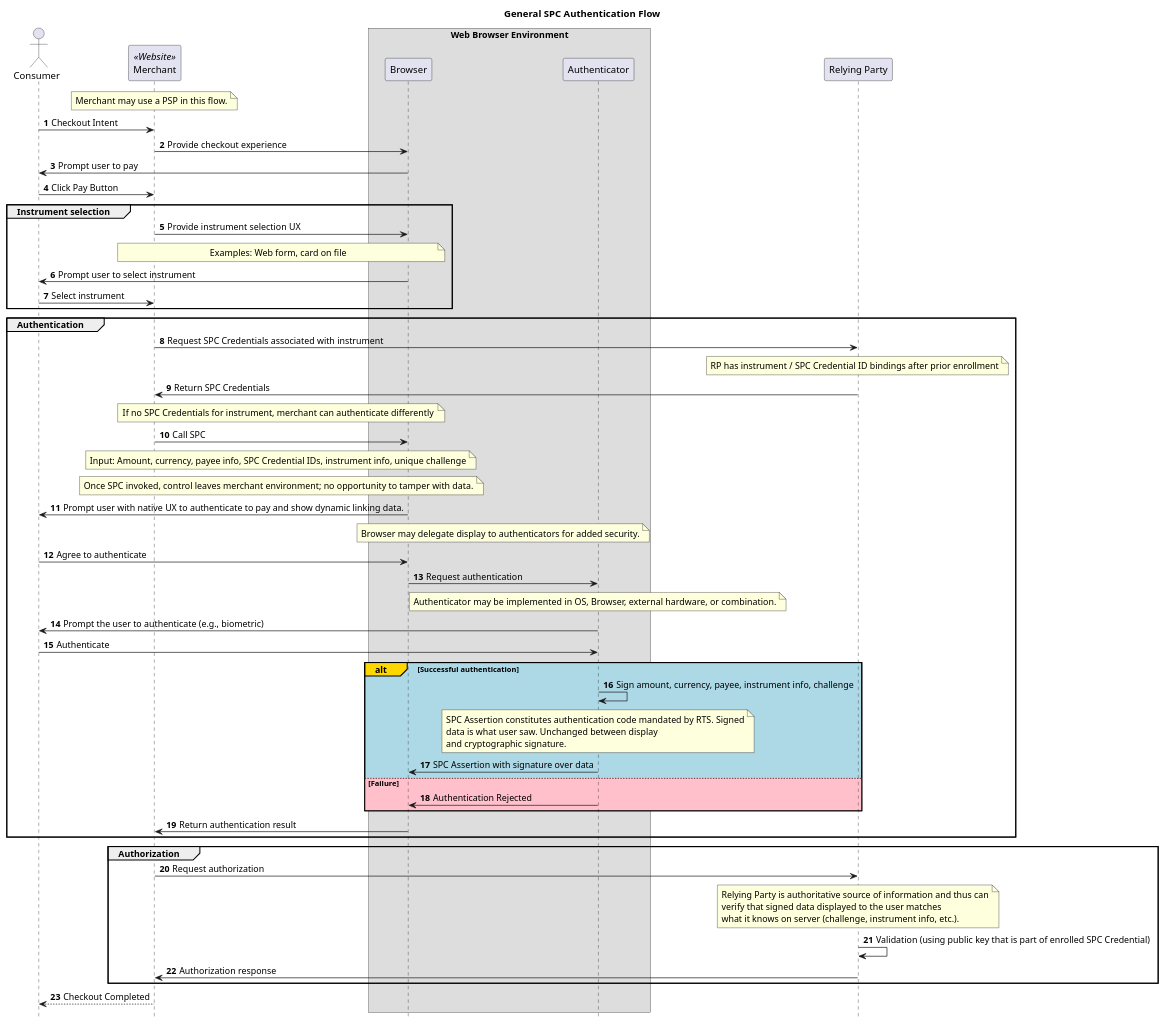
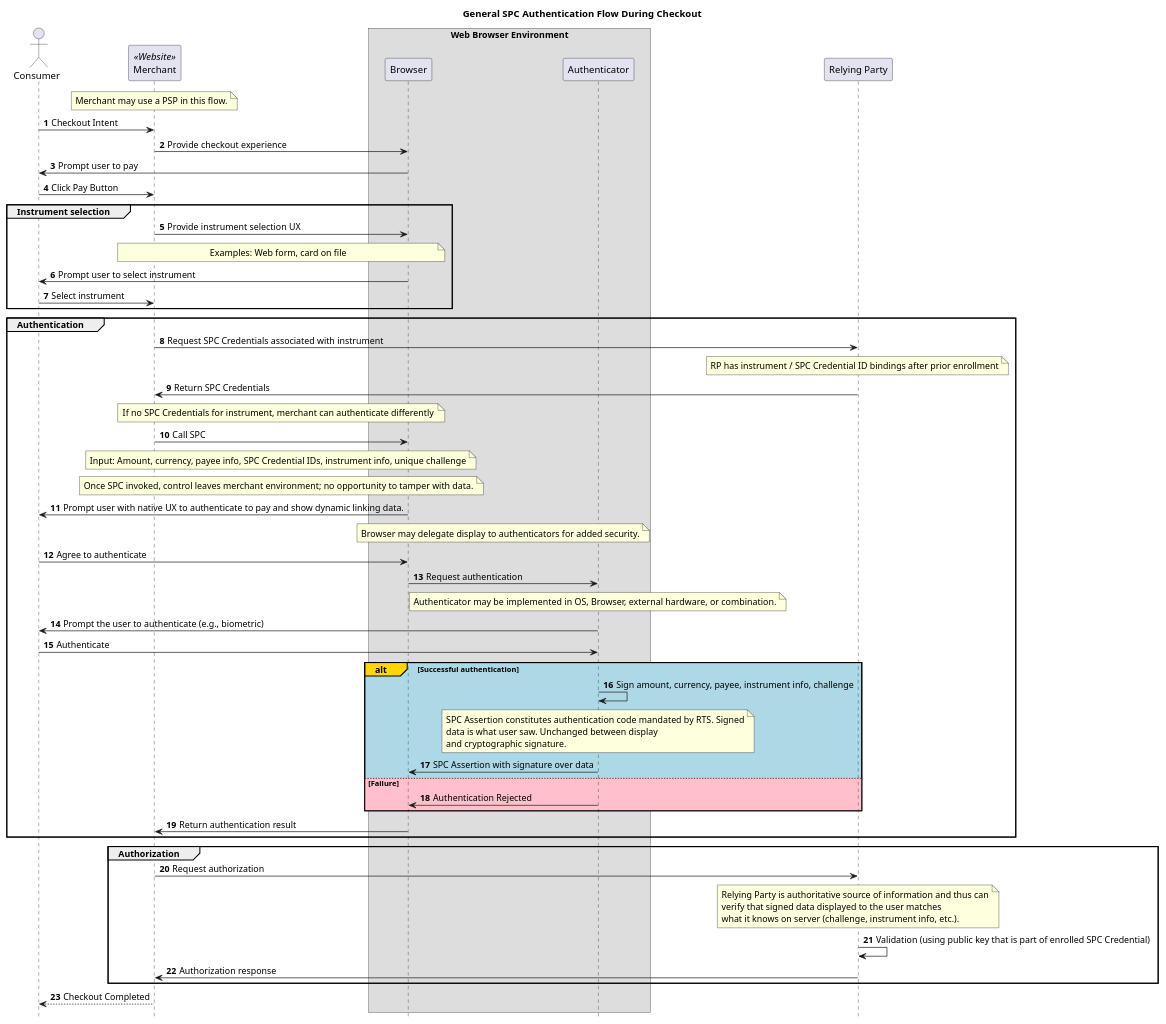
The diagram in spc-general.puml (w3c/wpsig), drawn with PlantUML before and after one commit. The commit also changed 1 other file, not shown here.

```diff
--- a/spc-general.puml
+++ b/spc-general.puml
@@ -1,87 +1,87 @@
 @startuml
 
 autonumber
 hide footbox
 skinparam ParticipantPadding 20
 skinparam BoxPadding 10
 
-title General SPC Authentication Flow
+title General SPC Authentication Flow During Checkout
 
 actor Consumer as Consumer
 participant Merchant as Merchant <<Website>>
 
 box "Web Browser Environment"
   participant "Browser"
   participant "Authenticator"
 end box
 
 participant "Relying Party" as RP
 
 note over Merchant
   Merchant may use a PSP in this flow.
 end note
 Consumer->Merchant: Checkout Intent
 Merchant->Browser: Provide checkout experience
 Browser->Consumer: Prompt user to pay
 Consumer->Merchant: Click Pay Button
 group Instrument selection
 Merchant->Browser: Provide instrument selection UX
 note over Merchant, Browser
   Examples: Web form, card on file
 end note
 Browser->Consumer: Prompt user to select instrument
 Consumer->Merchant: Select instrument
 end gorup
 group Authentication
 Merchant->RP: Request SPC Credentials associated with instrument
 note over RP
   RP has instrument / SPC Credential ID bindings after prior enrollment
 end note
 RP->Merchant: Return SPC Credentials
 note over Merchant, Browser
   If no SPC Credentials for instrument, merchant can authenticate differently
 end note
 Merchant->Browser: Call SPC
 note over Merchant, Browser
   Input: Amount, currency, payee info, SPC Credential IDs, instrument info, unique challenge
 end note
 note over Merchant, Browser
   Once SPC invoked, control leaves merchant environment; no opportunity to tamper with data.
 end note
 Browser->Consumer: Prompt user with native UX to authenticate to pay and show dynamic linking data.
 note over Browser, Authenticator
   Browser may delegate display to authenticators for added security.
 end note
 Consumer->Browser: Agree to authenticate
 Browser->Authenticator: Request authentication
 note over Authenticator
   Authenticator may be implemented in OS, Browser, external hardware, or combination.
 end note
 Authenticator->Consumer: Prompt the user to authenticate (e.g., biometric)
 Consumer->Authenticator: Authenticate
 alt#Gold #LightBlue Successful authentication
     Authenticator->Authenticator: Sign amount, currency, payee, instrument info, challenge
     note over Authenticator
        SPC Assertion constitutes authentication code mandated by RTS. Signed
        data is what user saw. Unchanged between display
        and cryptographic signature.
     end note
     Authenticator -> Browser: SPC Assertion with signature over data
 else #Pink Failure
     Authenticator -> Browser: Authentication Rejected
 end
 Browser->Merchant: Return authentication result
 end group
 group Authorization
 Merchant->RP: Request authorization
 note over RP
   Relying Party is authoritative source of information and thus can
   verify that signed data displayed to the user matches
   what it knows on server (challenge, instrument info, etc.).
 end note
 RP->RP: Validation (using public key that is part of enrolled SPC Credential)
 RP->Merchant: Authorization response
 end group
 Merchant-->Consumer: Checkout Completed
 
 @enduml
```
